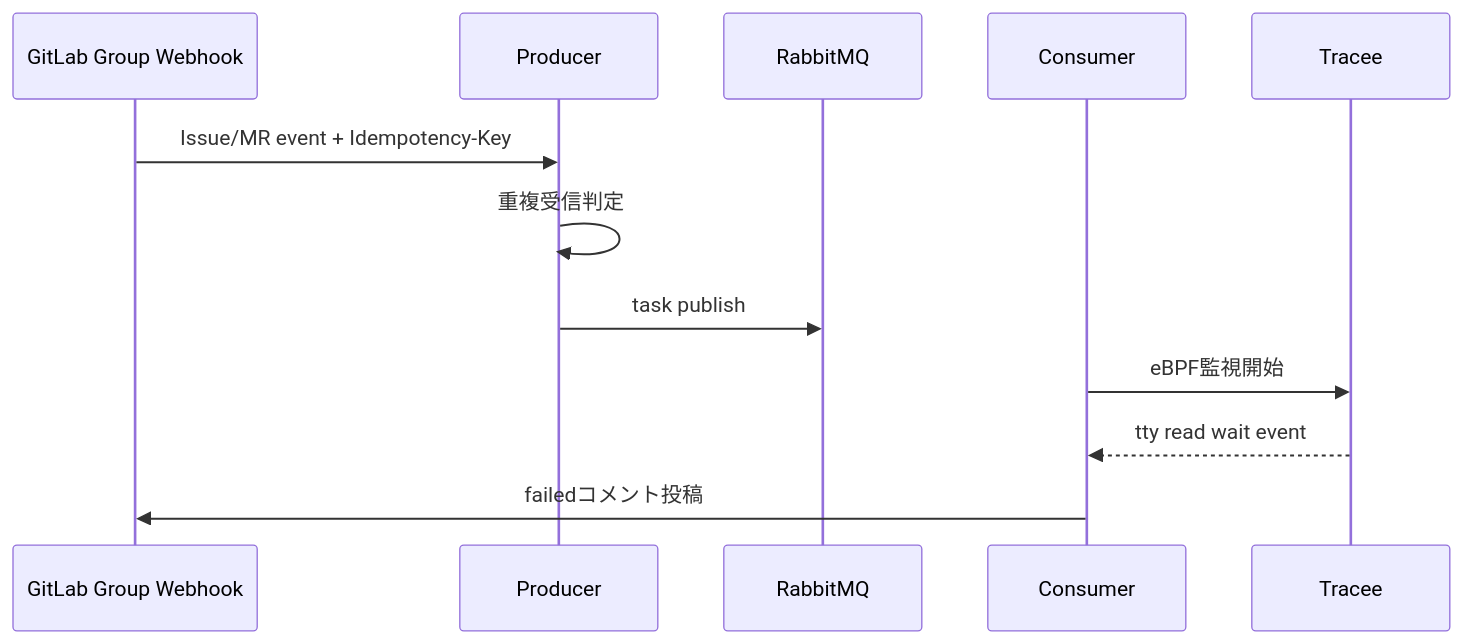
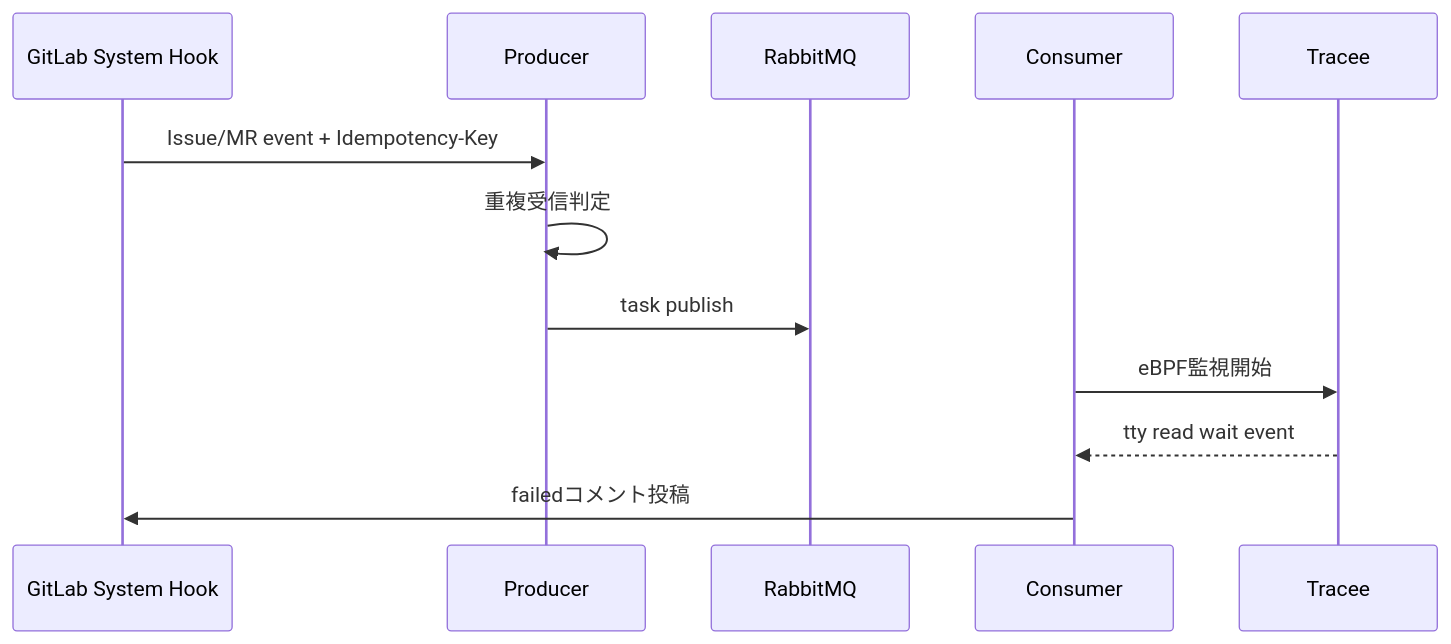
The fifth of 9 diagrams in docs/detail_design.md (notfolder/CodingAgentAutomata), drawn with Mermaid before and after one commit. The commit also changed other lines of this file and 8 other files, not shown here.

````diff
--- a/docs/detail_design.md
+++ b/docs/detail_design.md
@@ -194,15 +194,15 @@
 ```mermaid
 sequenceDiagram
-  participant GL as GitLab Group Webhook
+  participant GL as GitLab System Hook
   participant PR as Producer
   participant MQ as RabbitMQ
   participant CS as Consumer
   participant TR as Tracee
 
   GL->>PR: Issue/MR event + Idempotency-Key
   PR->>PR: 重複受信判定
   PR->>MQ: task publish
   CS->>TR: eBPF監視開始
   TR-->>CS: tty read wait event
   CS->>GL: failedコメント投稿
 ```
````
